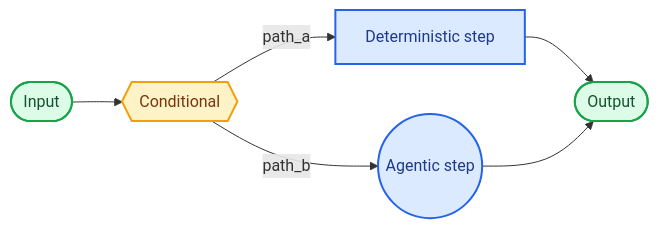
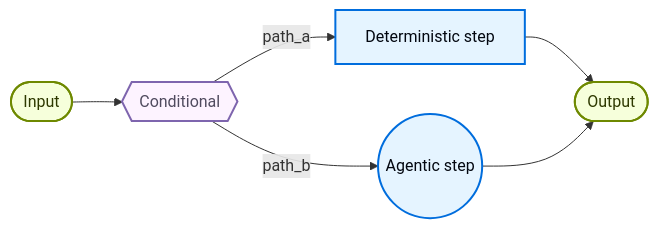
Before and after one commit to kunfan96/cndocs-langchain: the first of 2 diagrams in oss/javascript/langchain/multi-agent/custom-workflow.mdx, drawn with Mermaid. The commit also changed other lines of this file and 2538 other files, not shown here.

````diff
--- a/oss/javascript/langchain/multi-agent/custom-workflow.mdx
+++ b/oss/javascript/langchain/multi-agent/custom-workflow.mdx
@@ -7,16 +7,16 @@
 ```mermaid
 graph LR
     A([Input]) --> B{{Conditional}}
     B -->|path_a| C[Deterministic step]
     B -->|path_b| D((Agentic step))
     C --> G([Output])
     D --> G([Output])
 
-    classDef trigger fill:#DCFCE7,stroke:#16A34A,stroke-width:2px,color:#14532D
-    classDef process fill:#DBEAFE,stroke:#2563EB,stroke-width:2px,color:#1E3A8A
-    classDef decision fill:#FEF3C7,stroke:#F59E0B,stroke-width:2px,color:#78350F
+    classDef trigger fill:#F6FFDB,stroke:#6E8900,stroke-width:2px,color:#2E3900
+    classDef process fill:#E5F4FF,stroke:#006DDD,stroke-width:2px,color:#030710
+    classDef decision fill:#FDF3FF,stroke:#7E65AE,stroke-width:2px,color:#504B5F
 
     class A,G trigger
     class C,D process
     class B decision
 ```
````
